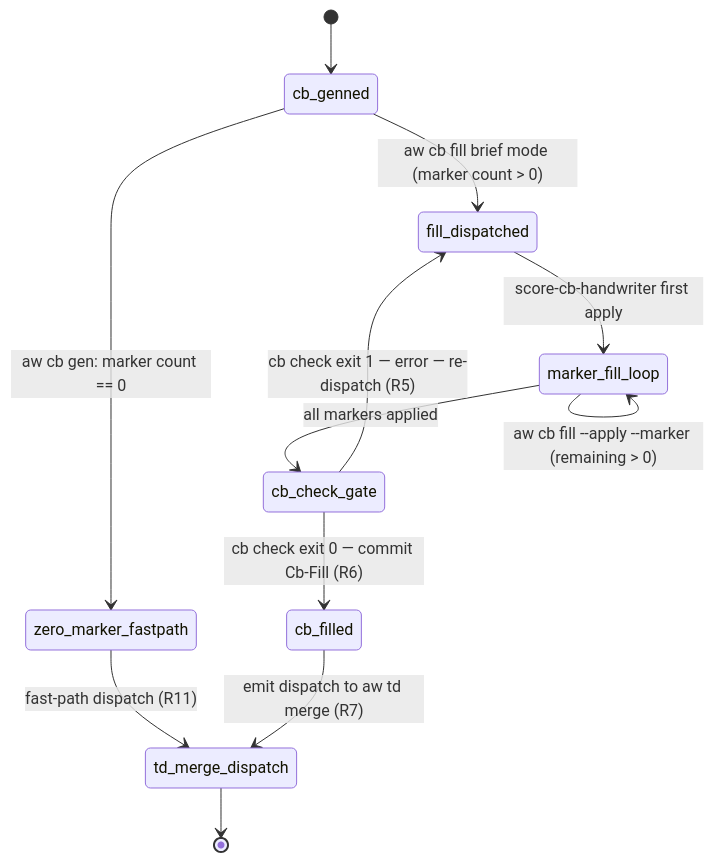
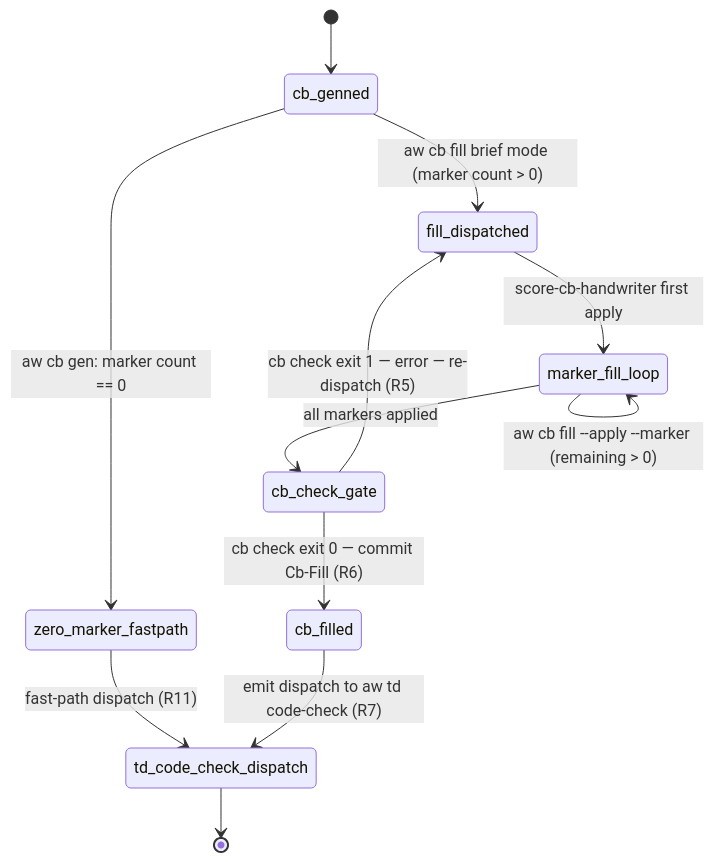
One commit to chrischeng-c4/axiom changed the first of 3 diagrams in projects/agentic-workflow/tech-design/surface/specs/score-cb-fill-workflow.md. Above: the diagram before and after it, drawn with Mermaid. The commit also changed other lines of this file and 65 other files, not shown here.

````diff
--- a/projects/agentic-workflow/tech-design/surface/specs/score-cb-fill-workflow.md
+++ b/projects/agentic-workflow/tech-design/surface/specs/score-cb-fill-workflow.md
@@ -128,73 +128,73 @@
 ```mermaid
 ---
 id: cb-fill-phase-lifecycle
 initial: cb_genned
 nodes:
   cb_genned:
     kind: normal
     label: "Code generated (cb_genned)"
   zero_marker_fastpath:
     kind: transient
     label: "0-marker fast-path (skip cb fill)"
   fill_dispatched:
     kind: normal
     label: "score-cb-handwriter dispatched"
   marker_fill_loop:
     kind: normal
     label: "Marker fill in progress (per-marker --apply loop)"
   cb_check_gate:
     kind: normal
     label: "cb check gate (no remaining HANDWRITE markers)"
   cb_filled:
     kind: normal
     label: "All markers filled; Cb-Fill trailer committed"
-  td_merge_dispatch:
+  td_code_check_dispatch:
     kind: terminal
-    label: "Dispatch to aw td merge"
+    label: "Dispatch to aw td code-check"
 edges:
   - from: cb_genned
     to: zero_marker_fastpath
     event: "aw cb gen: marker_count == 0"
     guard: "emitted marker count is zero"
   - from: zero_marker_fastpath
-    to: td_merge_dispatch
+    to: td_code_check_dispatch
     event: "fast-path dispatch (R11)"
   - from: cb_genned
     to: fill_dispatched
     event: "aw cb fill (brief mode, marker_count > 0)"
   - from: fill_dispatched
     to: marker_fill_loop
     event: "score-cb-handwriter invoked; first --apply --marker"
   - from: marker_fill_loop
     to: marker_fill_loop
     event: "aw cb fill --apply --marker <next-id>"
     guard: "remaining markers > 0"
   - from: marker_fill_loop
     to: cb_check_gate
     event: "all markers applied"
     guard: "remaining markers == 0"
   - from: cb_check_gate
     to: cb_filled
     event: "cb check exit 0; commit Cb-Fill trailer"
     guard: "no drift, no remaining HANDWRITE markers"
   - from: cb_check_gate
     to: fill_dispatched
     event: "cb check exit 1: error envelope; re-dispatch"
     guard: "drift or remaining markers found"
   - from: cb_filled
-    to: td_merge_dispatch
-    event: "emit dispatch envelope to aw td merge (R7)"
+    to: td_code_check_dispatch
+    event: "emit dispatch envelope to aw td code-check (R7)"
 ---
 stateDiagram-v2
     [*] --> cb_genned
     cb_genned --> zero_marker_fastpath : aw cb gen: marker count == 0
-    zero_marker_fastpath --> td_merge_dispatch : fast-path dispatch (R11)
+    zero_marker_fastpath --> td_code_check_dispatch : fast-path dispatch (R11)
     cb_genned --> fill_dispatched : aw cb fill brief mode (marker count > 0)
     fill_dispatched --> marker_fill_loop : score-cb-handwriter first apply
     marker_fill_loop --> marker_fill_loop : aw cb fill --apply --marker (remaining > 0)
     marker_fill_loop --> cb_check_gate : all markers applied
     cb_check_gate --> cb_filled : cb check exit 0 — commit Cb-Fill (R6)
     cb_check_gate --> fill_dispatched : cb check exit 1 — error — re-dispatch (R5)
-    cb_filled --> td_merge_dispatch : emit dispatch to aw td merge (R7)
-    td_merge_dispatch --> [*]
+    cb_filled --> td_code_check_dispatch : emit dispatch to aw td code-check (R7)
+    td_code_check_dispatch --> [*]
 ```
````
